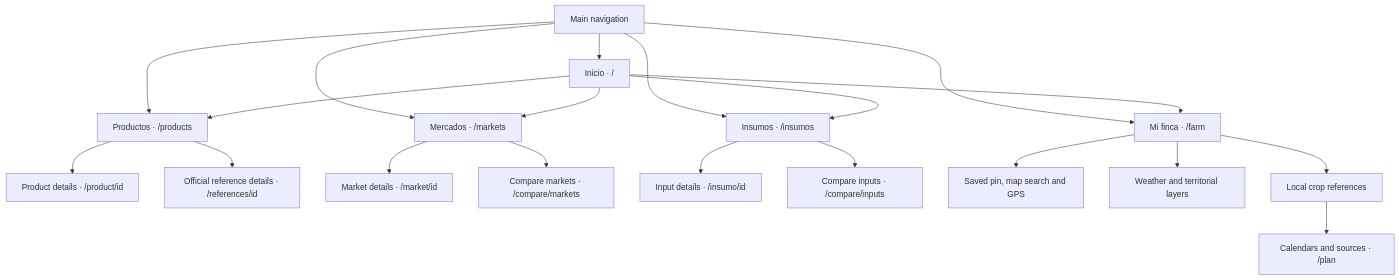
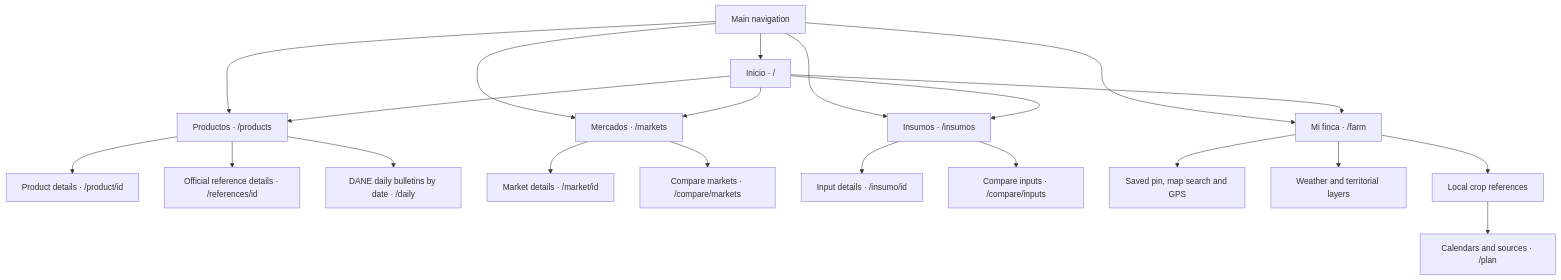
One commit to ethanrimes/agro-amigo-monorepo changed the first of 2 diagrams in docs/SITE_MAP.md. Above: the diagram before and after it, drawn with Mermaid. The commit also changed other lines of this file and 1500 other files, not shown here.

````diff
--- a/docs/SITE_MAP.md
+++ b/docs/SITE_MAP.md
@@ -7,23 +7,24 @@
 ```mermaid
 flowchart TD
     Nav["Main navigation"] --> Home["Inicio · /"]
     Nav --> Products["Productos · /products"]
     Nav --> Markets["Mercados · /markets"]
     Nav --> Inputs["Insumos · /insumos"]
     Nav --> Farm["Mi finca · /farm"]
 
     Home --> Products
     Home --> Markets
     Home --> Inputs
     Home --> Farm
     Products --> Product["Product details · /product/id"]
     Products --> Reference["Official reference details · /references/id"]
+    Products --> Daily["DANE daily bulletins by date · /daily"]
     Markets --> Market["Market details · /market/id"]
     Markets --> MarketCompare["Compare markets · /compare/markets"]
     Inputs --> Input["Input details · /insumo/id"]
     Inputs --> InputCompare["Compare inputs · /compare/inputs"]
     Farm --> Location["Saved pin, map search and GPS"]
     Farm --> Weather["Weather and territorial layers"]
     Farm --> Crops["Local crop references"]
     Crops --> Plan["Calendars and sources · /plan"]
 ```
````
